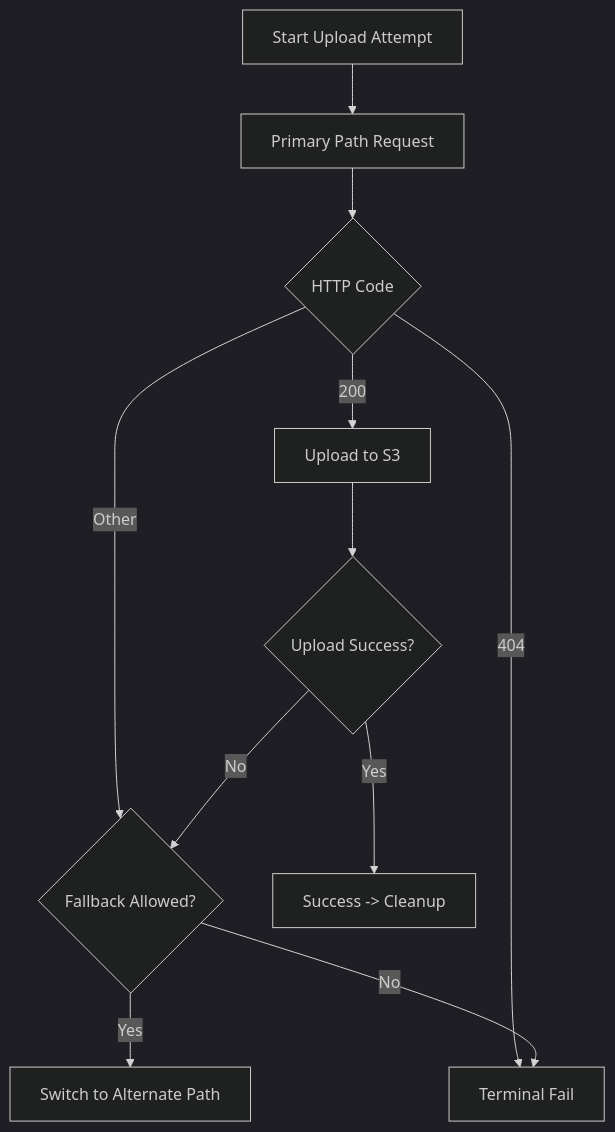
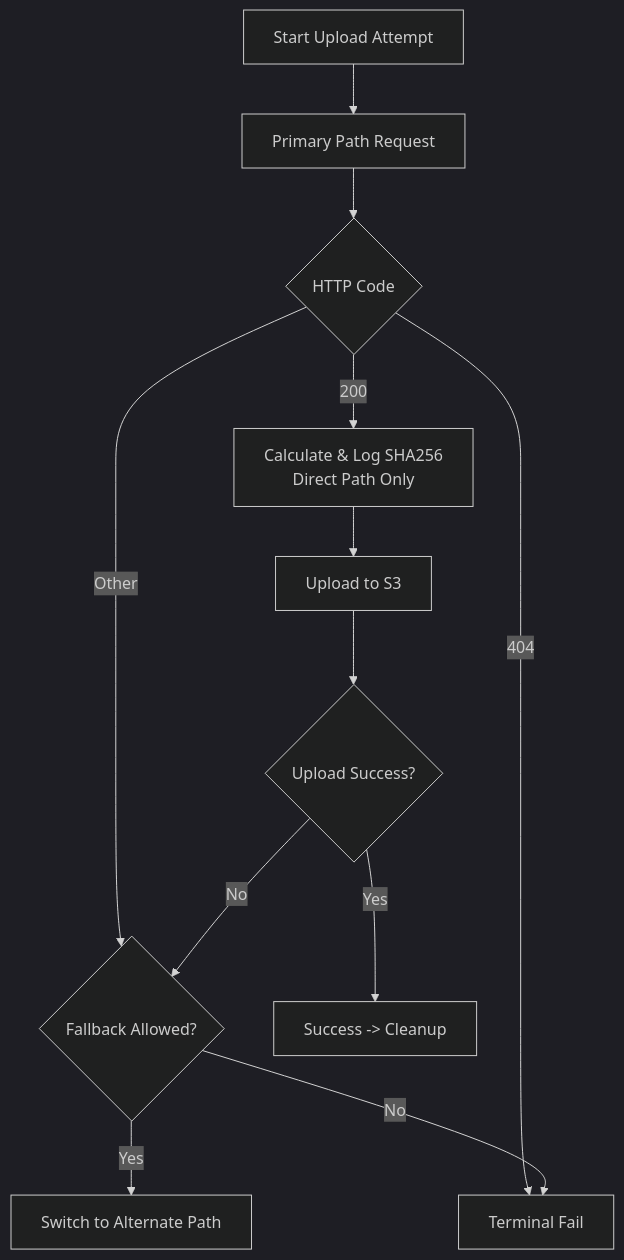
Before and after one commit to rdkcentral/dcm-agent: the second of 3 diagrams in uploadstblogs/docs/hld/diagrams/uploadSTBLogs_flowcharts.md, drawn with Mermaid (dark theme). The commit also changed other lines of this file and 9 other files, not shown here.

First line of the commit message:
RDKEMW-14842 [Logupload] Sha value need to be print in dcmscript.log for all types of logupload (#111)

````diff
--- a/uploadstblogs/docs/hld/diagrams/uploadSTBLogs_flowcharts.md
+++ b/uploadstblogs/docs/hld/diagrams/uploadSTBLogs_flowcharts.md
@@ -86,13 +87,14 @@
 ```mermaid
 graph TD
     A[Start Upload Attempt] --> B[Primary Path Request]
     B --> C{HTTP Code}
-    C -->|200| D[Upload to S3]
+    C -->|200| SHA[Calculate & Log SHA256\nDirect Path Only]
+    SHA --> D[Upload to S3]
     C -->|404| E[Terminal Fail]
     C -->|Other| F{Fallback Allowed?}
     F -->|Yes| G[Switch to Alternate Path]
     F -->|No| E
     D --> H{Upload Success?}
     H -->|Yes| I[Success -> Cleanup]
     H -->|No| F
 ```
````
